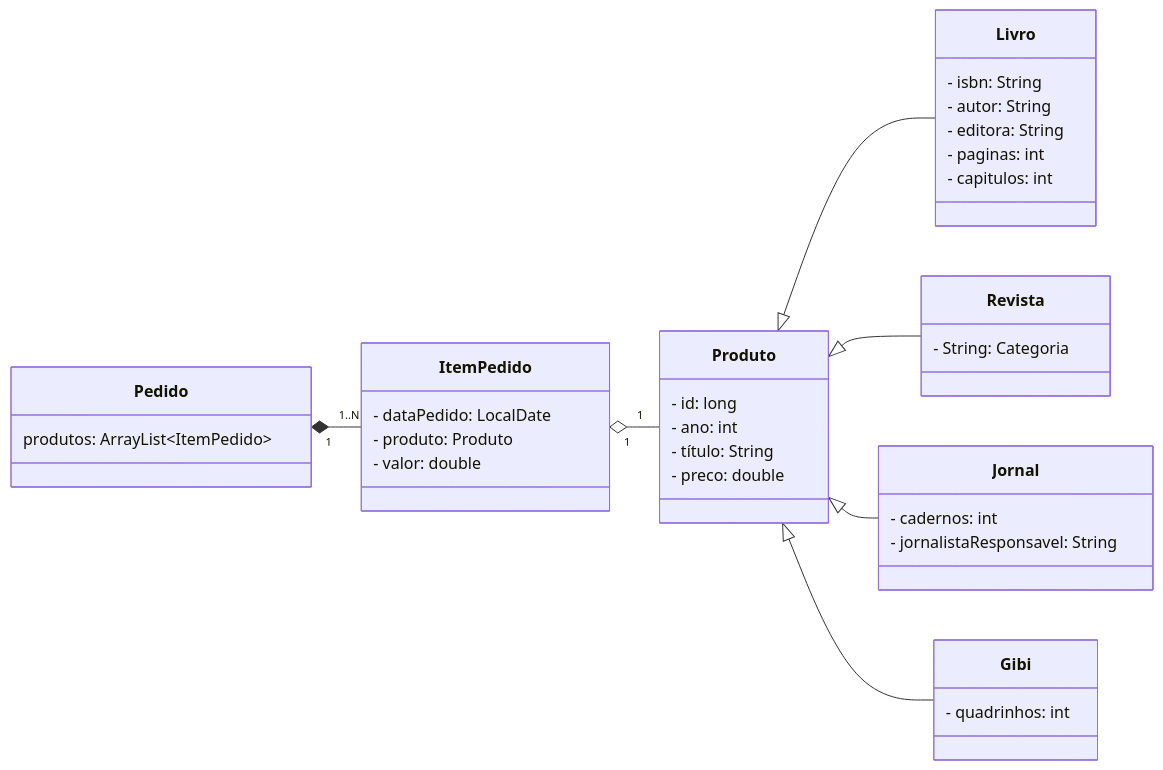
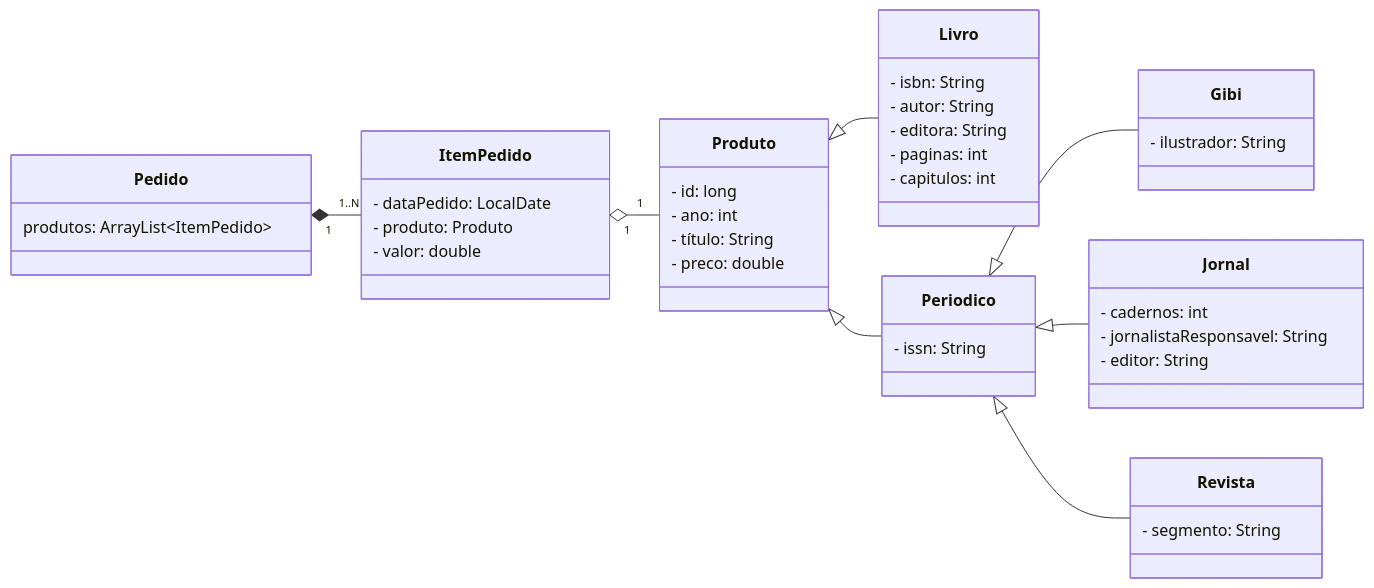
The second of 4 diagrams in aulas/2026-10-14/readme.md (lucasgch/POO), drawn with Mermaid before and after one commit. The commit also changed other lines of this file, not shown here.

````diff
--- a/aulas/2026-10-14/readme.md
+++ b/aulas/2026-10-14/readme.md
@@ -97,50 +97,57 @@
 ```mermaid
     classDiagram
         direction LR
         
         class Produto {
             - id: long
             - ano: int
             - título: String
             - preco: double
         }
         
         class Livro {
             - isbn: String
             - autor: String
             - editora: String
             - paginas: int
             - capitulos: int
         }
         
+        class Periodico {
+            - issn: String
+        }
+        
         class Revista {
-            - String: Categoria
+            - segmento: String
         }
         
         class Jornal {
             - cadernos: int
             - jornalistaResponsavel: String
+            - editor: String
         }
         
         class Gibi {
-            - quadrinhos: int
+            - ilustrador: String
         }
         
         class ItemPedido {
             - dataPedido: LocalDate
             - produto: Produto
             - valor: double
         }
         
         class Pedido {
             produtos: ArrayList~ItemPedido~
         }
 
         Produto <|-- Livro
-        Produto <|-- Revista
-        Produto <|-- Jornal
-        Produto <|-- Gibi
+        Produto <|-- Periodico
+
+        Periodico <|-- Gibi
+        Periodico <|-- Jornal
+        Periodico <|-- Revista
             
         Pedido "1" *-- "1..N" ItemPedido
         ItemPedido "1" o-- "1" Produto
 ```
````
